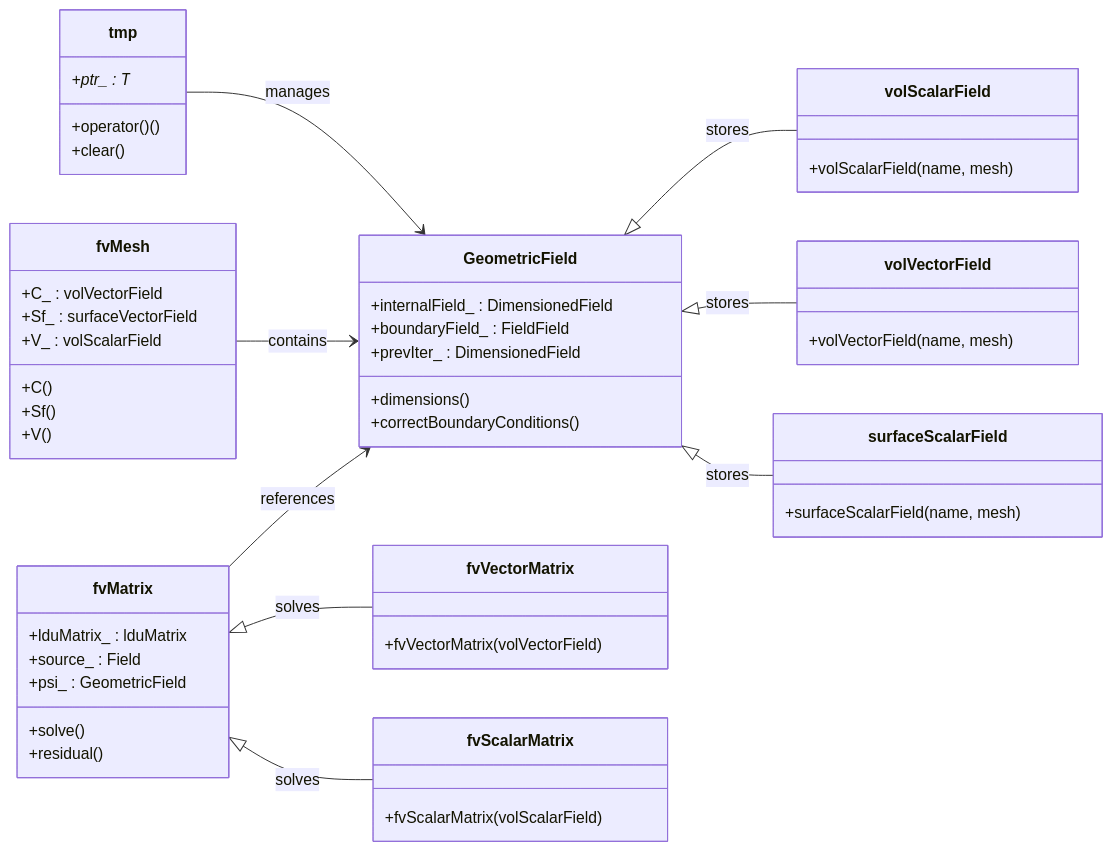
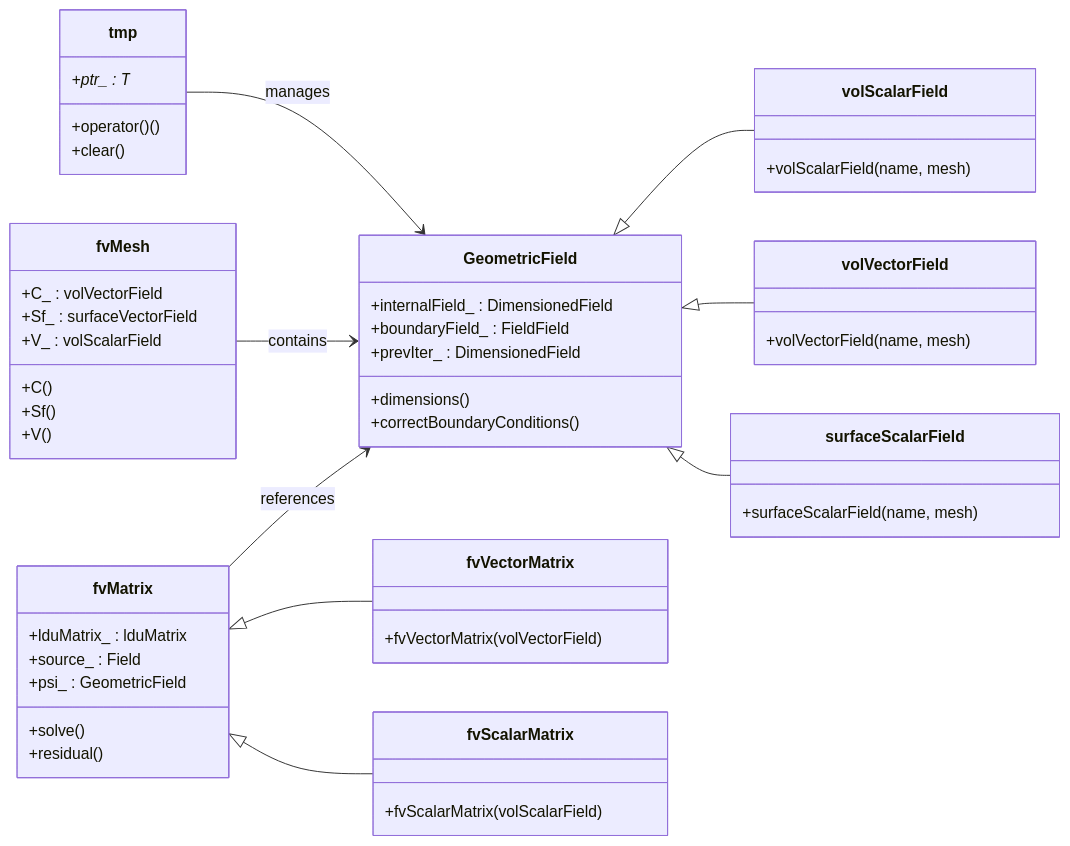
The first of 4 diagrams in daily_learning/2026-01-01.md (wramet/build-my-cfd), drawn with Mermaid before and after one commit. The commit also changed other lines of this file and 11 other files, not shown here.

`````diff
--- a/daily_learning/2026-01-01.md
+++ b/daily_learning/2026-01-01.md
@@ -162,73 +162,65 @@
 ```mermaid
-%%{init: { 
-    "theme": "default", 
-    "useMaxWidth": false, 
-    "themeVariables": { 
-        "fontSize": "20px", 
-        "fontFamily": "Consolas, 'Courier New', monospace"
-    } 
-}}%%
 classDiagram
-    %% สั่งให้เรียงจาก ซ้ายไปขวา (ช่วยเรื่องพื้นที่แนวนอน)
+    %% เรียงจากซ้ายไปขวา (ช่วยเรื่องพื้นที่แนวนอน)
     direction LR
 
     class GeometricField {
         +internalField_ : DimensionedField
         +boundaryField_ : FieldField
         +prevIter_ : DimensionedField
         +dimensions()
         +correctBoundaryConditions()
     }
 
     class volScalarField {
         +volScalarField(name, mesh)
     }
 
     class volVectorField {
         +volVectorField(name, mesh)
     }
 
     class surfaceScalarField {
         +surfaceScalarField(name, mesh)
     }
 
     class fvMatrix {
         +lduMatrix_ : lduMatrix
         +source_ : Field
         +psi_ : GeometricField
         +solve()
         +residual()
     }
 
     class fvVectorMatrix {
         +fvVectorMatrix(volVectorField)
     }
 
     class fvScalarMatrix {
         +fvScalarMatrix(volScalarField)
     }
 
     class tmp {
         +ptr_ : T*
         +operator()()
         +clear()
     }
 
     class fvMesh {
         +C_ : volVectorField
         +Sf_ : surfaceVectorField
         +V_ : volScalarField
         +C()
         +Sf()
         +V()
     }
 
-    GeometricField <|-- volScalarField : stores
-    GeometricField <|-- volVectorField : stores
-    GeometricField <|-- surfaceScalarField : stores
-    fvMatrix <|-- fvVectorMatrix : solves
-    fvMatrix <|-- fvScalarMatrix : solves
+    GeometricField <|-- volScalarField
+    GeometricField <|-- volVectorField
+    GeometricField <|-- surfaceScalarField
+    fvMatrix <|-- fvVectorMatrix
+    fvMatrix <|-- fvScalarMatrix
     tmp --> GeometricField : manages
     fvMesh --> GeometricField : contains
     fvMatrix --> GeometricField : references
 ````
`````
